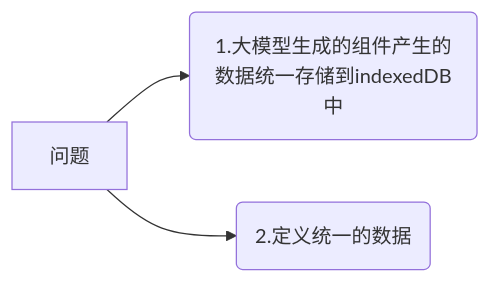
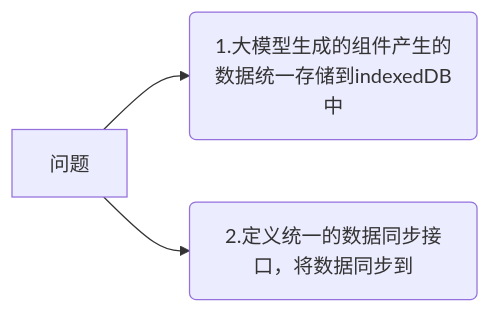
The diagram in all/未命名-21.md (yingjianzh/iodraw-files), drawn with Mermaid before and after one commit.

Commit message:
2025-02-17 14:19:02 update

````diff
--- a/all/未命名-21.md
+++ b/all/未命名-21.md
@@ -1,7 +1,7 @@
 ```mermaid
 graph LR
     A[问题] -->B(1.大模型生成的组件产生的数据统一存储到indexedDB中)
-    A --> C(2.定义统一的数据)
+    A --> C(2.定义统一的数据同步接口，将数据同步到)
     
   
 ```
````
